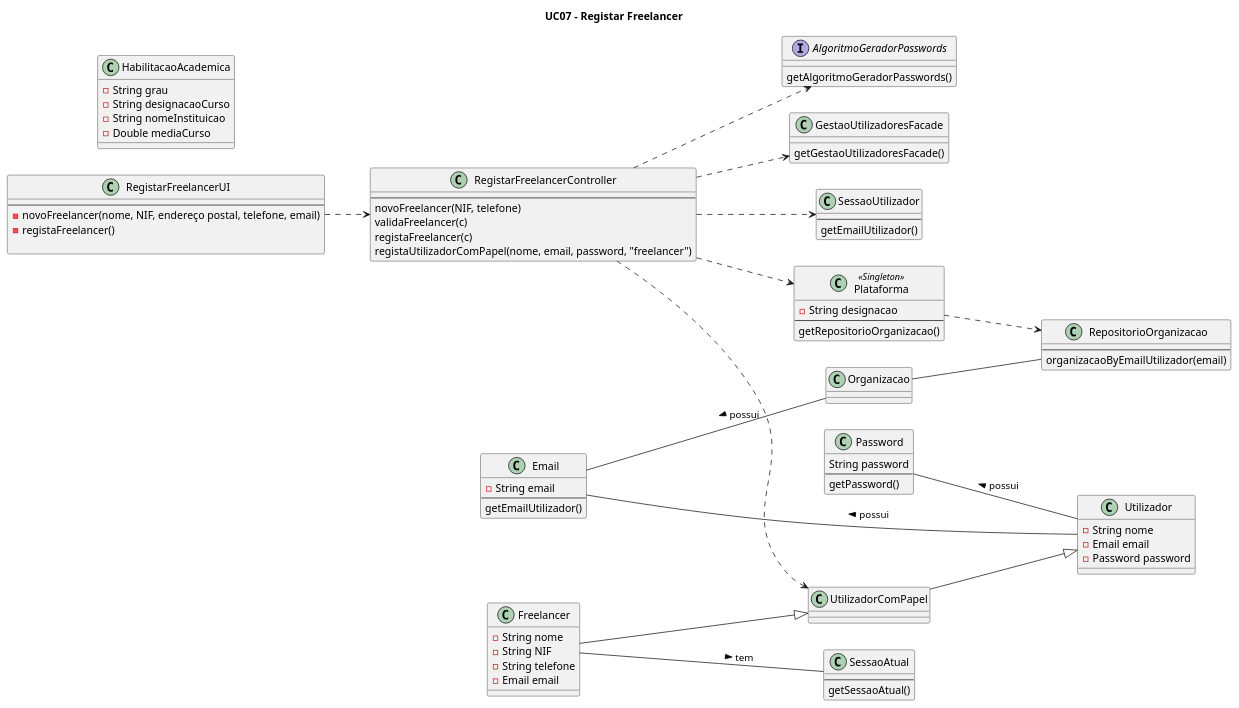
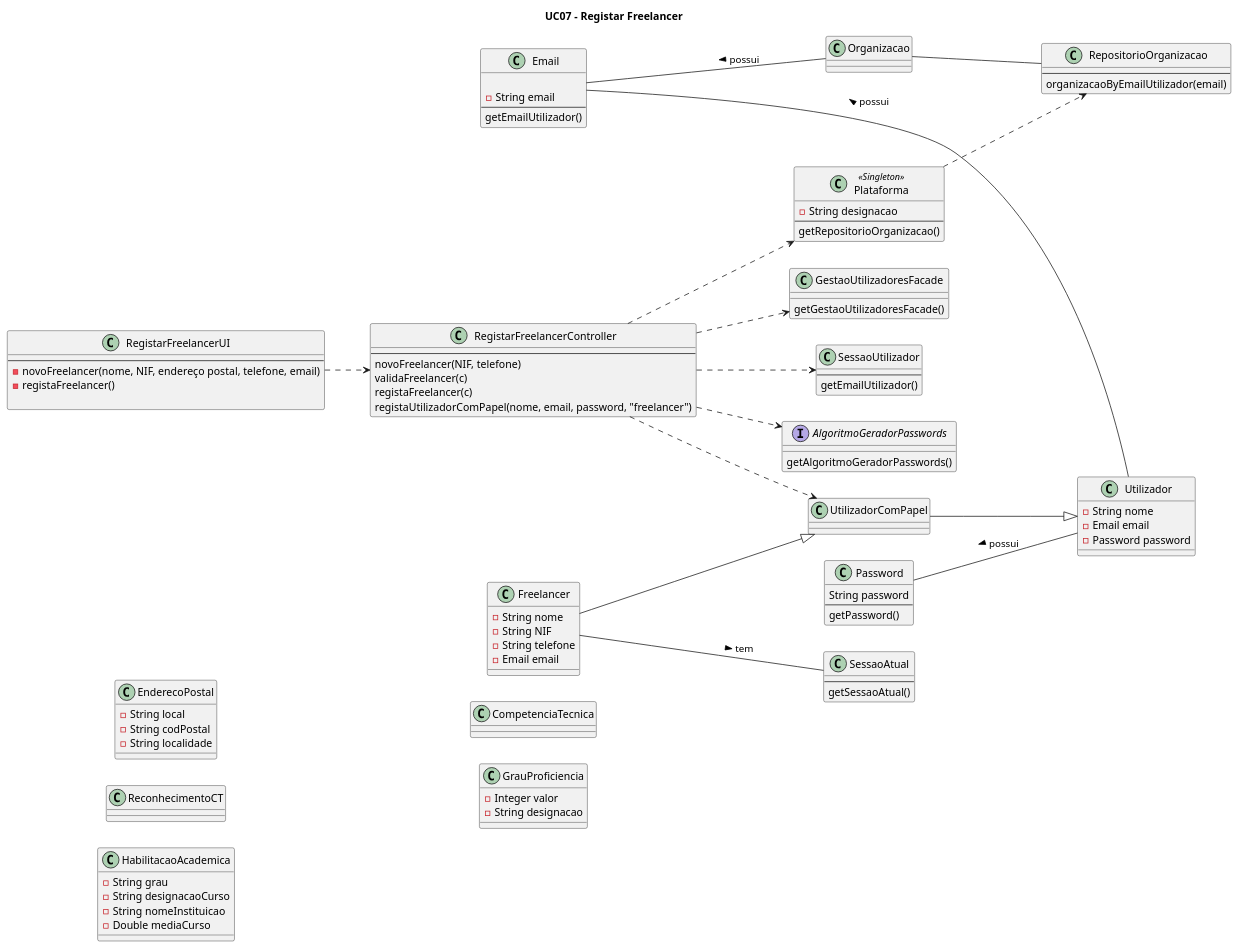
The diagram in Documentação/Sprint 3/UC07_Registar_Freelancer/UC07_Registar_Freelancer_Diagrama_Classes.puml (blestonbandeiraUPSKILL/upskill_java1_labprg_grupo2), drawn with PlantUML before and after one commit.

```diff
--- a/Documentação/Sprint 3/UC07_Registar_Freelancer/UC07_Registar_Freelancer_Diagrama_Classes.puml
+++ b/Documentação/Sprint 3/UC07_Registar_Freelancer/UC07_Registar_Freelancer_Diagrama_Classes.puml
@@ -1,104 +1,126 @@
 @startuml
 
 title UC07 - Registar Freelancer
 
 left to right direction
 
 class Plataforma <<Singleton>> {
     -String designacao
     --
     getRepositorioOrganizacao()
 }
 
 class RegistarFreelancerUI{
     --
     -novoFreelancer(nome, NIF, endereço postal, telefone, email)
     -registaFreelancer()
 
 }
 
 class RegistarFreelancerController{
     --
     novoFreelancer(NIF, telefone)
     validaFreelancer(c)
     registaFreelancer(c)
     registaUtilizadorComPapel(nome, email, password, "freelancer")
 }
 
 class Freelancer {
     -String nome
     -String NIF
     -String telefone
     -Email email
 }
 
+class EnderecoPostal {
+    -String local
+    -String codPostal
+    -String localidade
+}
+
+class Email {
+
+}
+
+class ReconhecimentoCT {
+}
+
 class HabilitacaoAcademica {
     -String grau
     -String designacaoCurso
     -String nomeInstituicao
     -Double mediaCurso
+}
+
+class CompetenciaTecnica {
+
+}
+
+class GrauProficiencia {
+    -Integer valor
+    -String designacao
 }
 
 class Utilizador {
     -String nome
     -Email email
     -Password password
 }
 
 class GestaoUtilizadoresFacade{
     getGestaoUtilizadoresFacade()
 }
 
 class SessaoAtual{
     --
     getSessaoAtual()
 }
 
 class SessaoUtilizador{
     --
     getEmailUtilizador()
 }
 
 class RepositorioOrganizacao{
     --
     organizacaoByEmailUtilizador(email)
 }
 
 interface AlgoritmoGeradorPasswords{
     getAlgoritmoGeradorPasswords()
 }
 
 class Password{
     String password
     --
     getPassword()
 }
 
 class UtilizadorComPapel{
 }
 
 
 class Email {
     -String email
     --
     getEmailUtilizador()
 }
 
 RegistarFreelancerUI ..> RegistarFreelancerController
 RegistarFreelancerController ..> Plataforma
 RegistarFreelancerController ..> GestaoUtilizadoresFacade
 RegistarFreelancerController ..> SessaoUtilizador
 
 Freelancer --|> UtilizadorComPapel
 UtilizadorComPapel --|> Utilizador
 Email -- Utilizador: < possui
 Password -- Utilizador: < possui
 Email -- Organizacao: < possui
 Organizacao -- RepositorioOrganizacao
 Freelancer -- SessaoAtual: tem >
 RegistarFreelancerController ..> UtilizadorComPapel
 RegistarFreelancerController ..> AlgoritmoGeradorPasswords
 Plataforma ..> RepositorioOrganizacao
 
 
 @enduml
```
